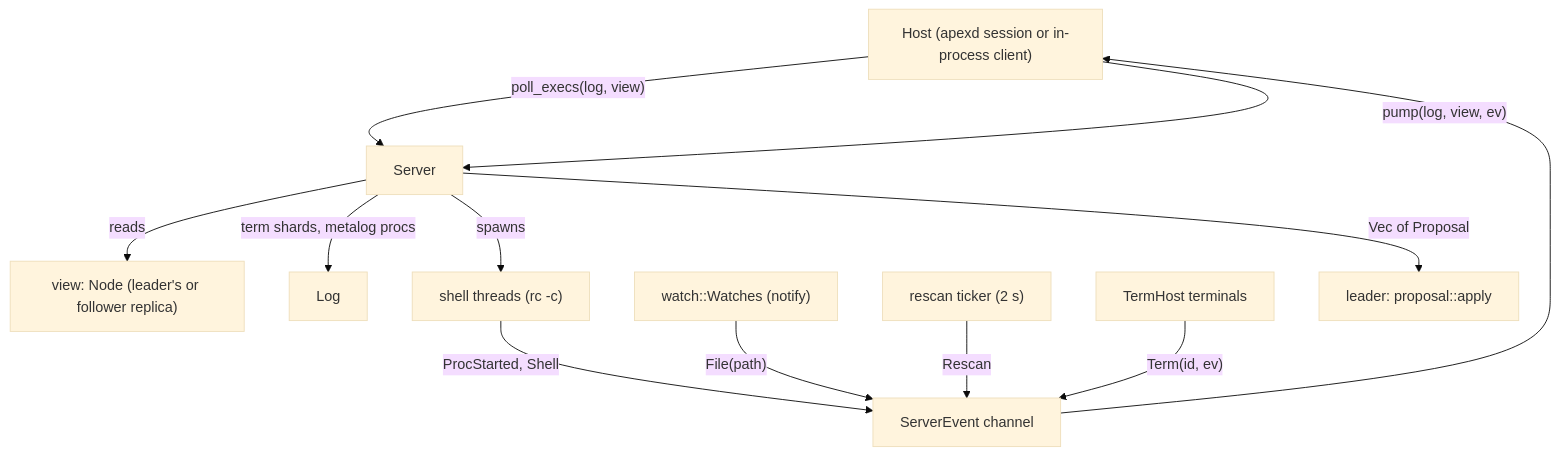
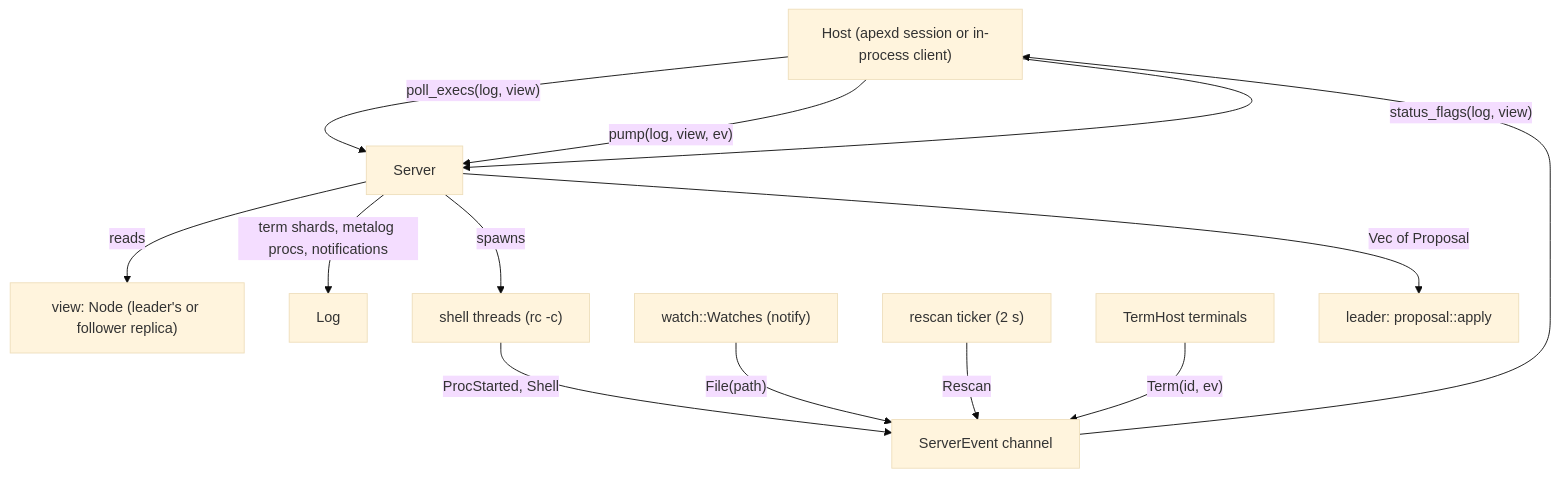
The first of 4 diagrams in docs/wiki/server.md (mariusae/apex), drawn with Mermaid (base theme) before and after one commit. The commit also changed other lines of this file and 137 other files, not shown here.

````diff
--- a/docs/wiki/server.md
+++ b/docs/wiki/server.md
@@ -11,24 +11,25 @@
 ```mermaid
 flowchart TD
     Host["Host (apexd session or in-process client)"]
     Server["Server"]
     View["view: Node (leader's or follower replica)"]
     Log["Log"]
     Chan["ServerEvent channel"]
     Shell["shell threads (rc -c)"]
     Watch["watch::Watches (notify)"]
     Ticker["rescan ticker (2 s)"]
     Terms["TermHost terminals"]
     Leader["leader: proposal::apply"]
     Host -->|"poll_execs(log, view)"| Server
     Host -->|"pump(log, view, ev)"| Server
+    Host -->|"status_flags(log, view)"| Server
     Server -->|reads| View
-    Server -->|"term shards, metalog procs"| Log
+    Server -->|"term shards, metalog procs, notifications"| Log
     Server -->|spawns| Shell
     Shell -->|"ProcStarted, Shell"| Chan
     Watch -->|"File(path)"| Chan
     Ticker -->|Rescan| Chan
     Terms -->|"Term(id, ev)"| Chan
     Chan --> Host
     Server -->|"Vec of Proposal"| Leader
 ```
````
